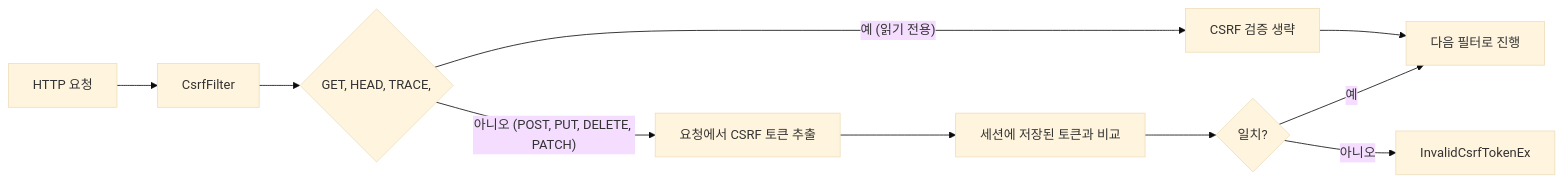
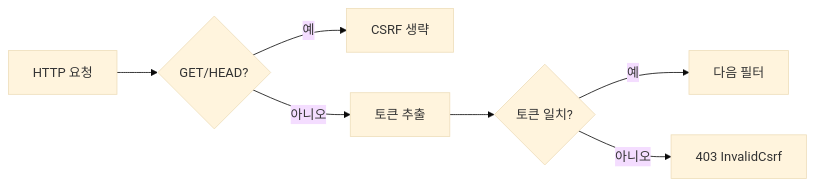
One commit to yjkim2015/yjkim2015.github.io changed the third of 3 diagrams in _posts/security/2021-05-19-사이트 간 요청 위조-CSRF, CsrfFilter.md. Above: the diagram before and after it, drawn with Mermaid (base theme). The commit also changed 163 other files, not shown here.

First line of the commit message:
Mermaid 300개 블록 내용 축소: 5노드 5엣지 이하, 의미 있는 약어

````diff
--- a/_posts/security/2021-05-19-사이트 간 요청 위조-CSRF, CsrfFilter.md
+++ b/_posts/security/2021-05-19-사이트 간 요청 위조-CSRF, CsrfFilter.md
@@ -150,12 +150,9 @@
 ```mermaid
-flowchart LR
-    A["HTTP 요청"] --> B["CsrfFilter"]
-    B --> C{"GET, HEAD, TRACE,"}
-    C -- "예 (읽기 전용)" --> D["CSRF 검증 생략"]
-    C -- "아니오 (POST, PUT, DELETE, PATCH)" --> E["요청에서 CSRF 토큰 추출"]
-    E --> F["세션에 저장된 토큰과 비교"]
-    F --> G{"일치?"}
-    G -- "예" --> H["다음 필터로 진행"]
-    G -- "아니오" --> I["InvalidCsrfTokenEx"]
-    D --> H
+graph LR
+    A["HTTP 요청"] --> B{"GET/HEAD?"}
+    B -->|예| D["CSRF 생략"]
+    B -->|아니오| E["토큰 추출"]
+    E --> G{"토큰 일치?"}
+    G -->|예| H["다음 필터"]
+    G -->|아니오| I["403 InvalidCsrf"]
 ```
````
